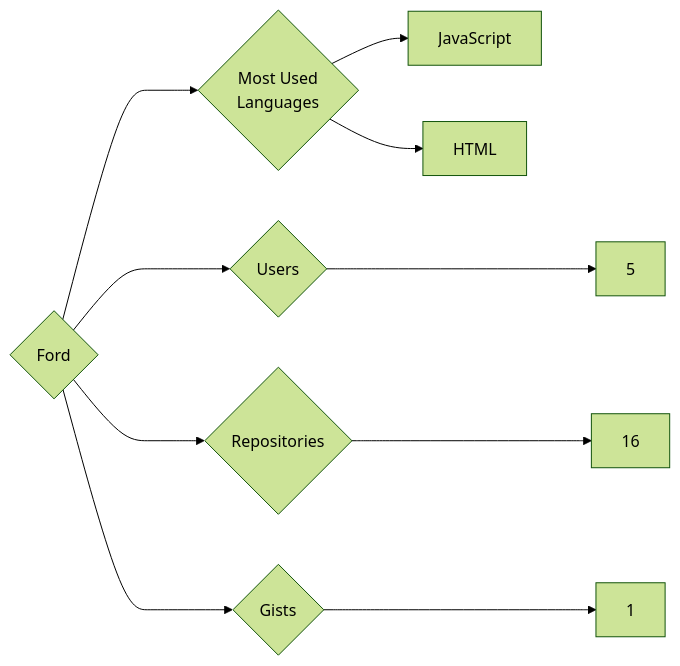
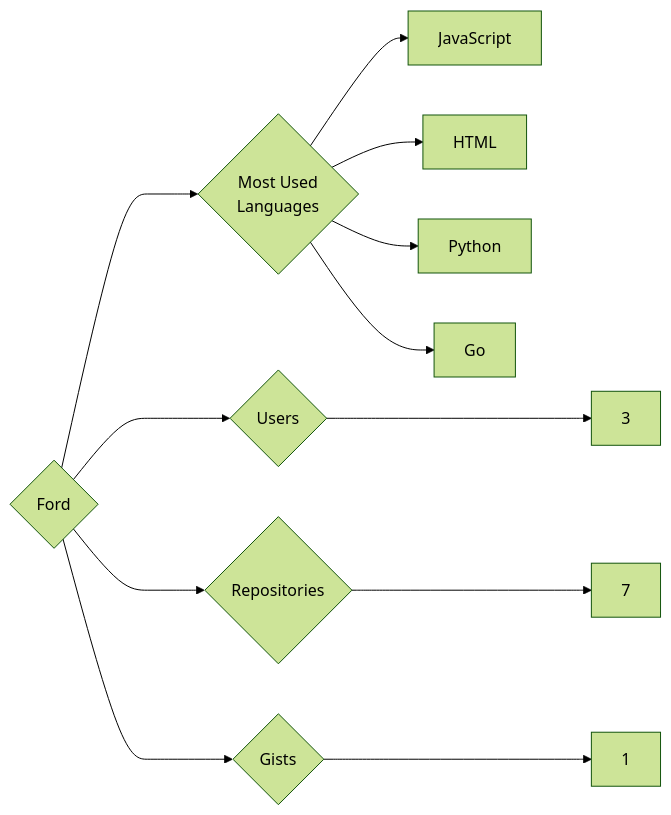
One commit to trickest/insiders changed the diagram in targets/Ford/README.md. Above: the diagram before and after it, drawn with Mermaid (forest theme). The commit also changed 724 other files, not shown here.

````diff
--- a/targets/Ford/README.md
+++ b/targets/Ford/README.md
@@ -3,10 +3,12 @@
 ```mermaid
 graph LR
 COMPANY_NAME{Ford}
-COMPANY_NAME ---> U{Users} ---> UN[5]
-COMPANY_NAME ---> R{Repositories} ---> RN[16]
+COMPANY_NAME ---> U{Users} ---> UN[3]
+COMPANY_NAME ---> R{Repositories} ---> RN[7]
 COMPANY_NAME ---> G{Gists} ---> GN[1]
 COMPANY_NAME ---> ML{Most Used<br>Languages}
 ML --> JavaScript[JavaScript]
 ML --> HTML[HTML]
+ML --> Python[Python]
+ML --> Go[Go]
 ```
````
